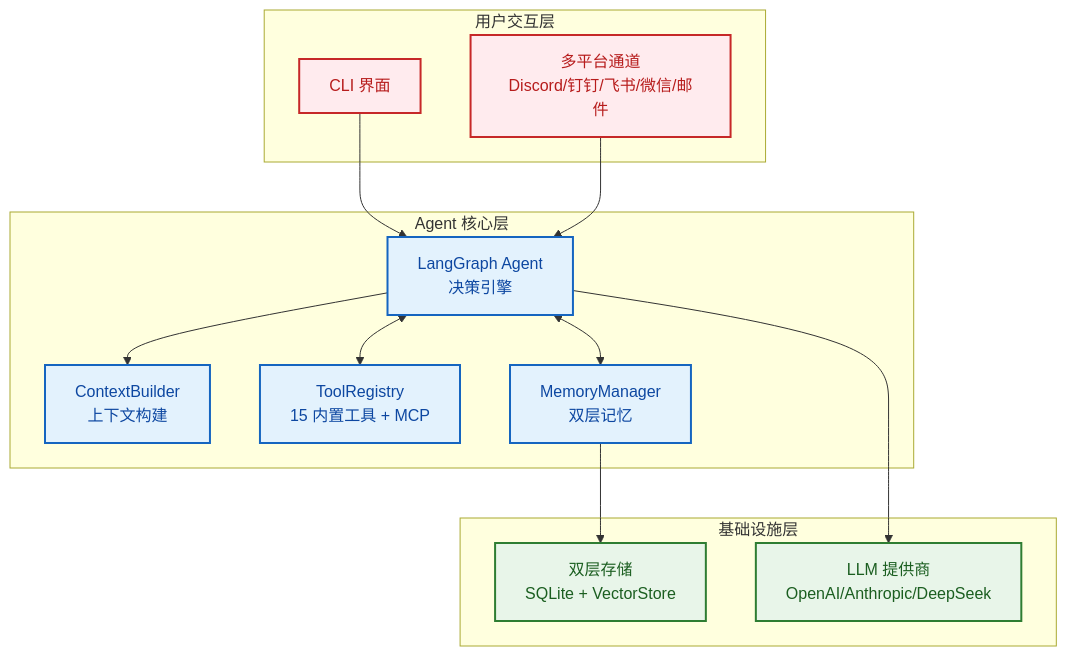
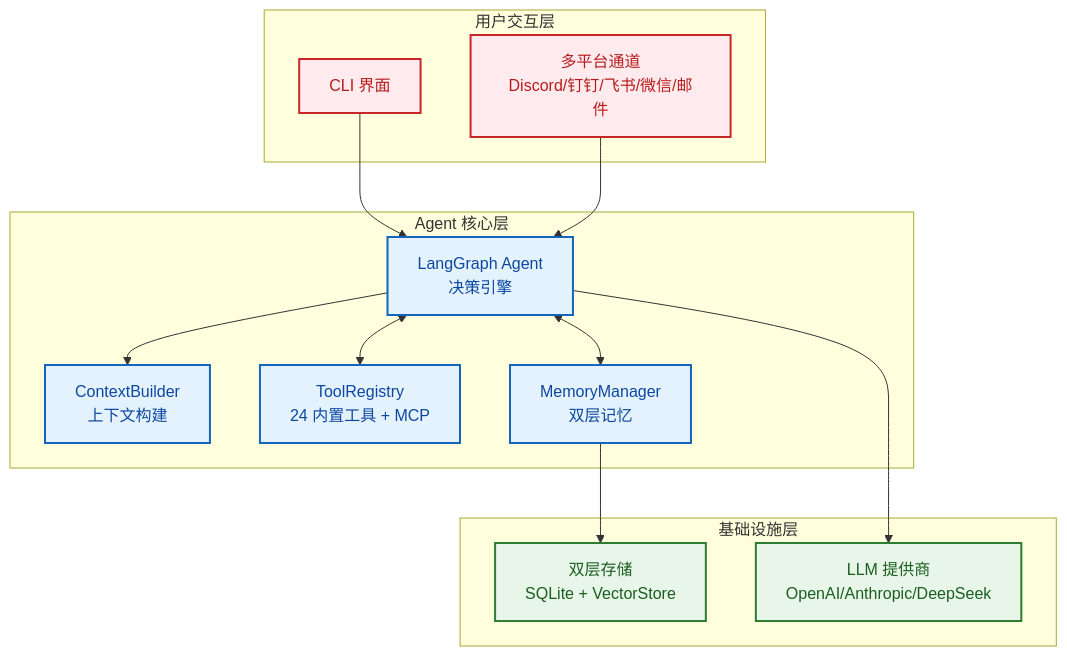
The second of 15 diagrams in docs/zh-CN/blog/finchbot-flexible-ai-agent-framework.md (zhangjingyuan177-hue/FinchBot), drawn with Mermaid before and after one commit. The commit also changed other lines of this file and 4 other files, not shown here.

````diff
--- a/docs/zh-CN/blog/finchbot-flexible-ai-agent-framework.md
+++ b/docs/zh-CN/blog/finchbot-flexible-ai-agent-framework.md
@@ -174,33 +106,33 @@
 ```mermaid
 graph TB
     classDef uiLayer fill:#ffebee,stroke:#c62828,stroke-width:2px,color:#b71c1c;
     classDef coreLayer fill:#e3f2fd,stroke:#1565c0,stroke-width:2px,color:#0d47a1;
     classDef infraLayer fill:#e8f5e9,stroke:#2e7d32,stroke-width:2px,color:#1b5e20;
 
     subgraph UI [用户交互层]
         CLI[CLI 界面]:::uiLayer
         Channels[多平台通道<br/>Discord/钉钉/飞书/微信/邮件]:::uiLayer
     end
 
     subgraph Core [Agent 核心层]
         Agent[LangGraph Agent<br/>决策引擎]:::coreLayer
         Context[ContextBuilder<br/>上下文构建]:::coreLayer
-        Tools[ToolRegistry<br/>15 内置工具 + MCP]:::coreLayer
+        Tools[ToolRegistry<br/>24 内置工具 + MCP]:::coreLayer
         Memory[MemoryManager<br/>双层记忆]:::coreLayer
     end
 
     subgraph Infra [基础设施层]
         Storage[双层存储<br/>SQLite + VectorStore]:::infraLayer
         LLM[LLM 提供商<br/>OpenAI/Anthropic/DeepSeek]:::infraLayer
     end
 
     CLI --> Agent
     Channels --> Agent
 
     Agent --> Context
     Agent <--> Tools
     Agent <--> Memory
 
     Memory --> Storage
     Agent --> LLM
 ```
````
